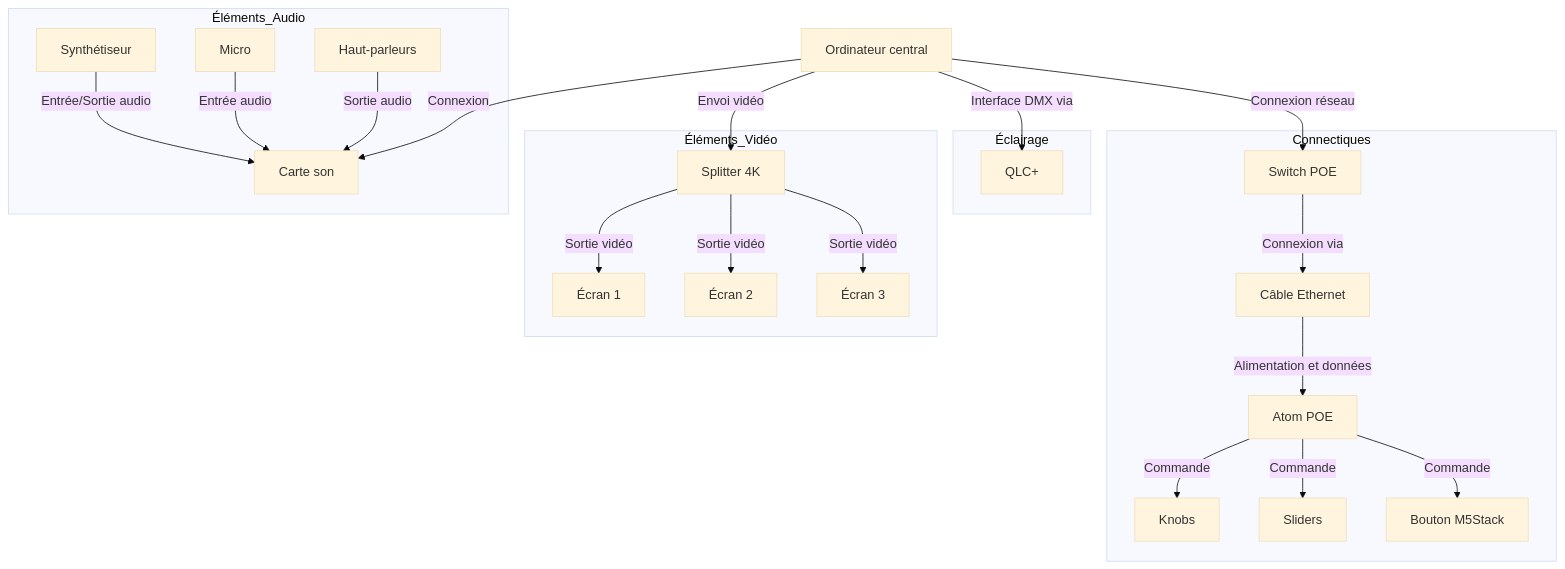
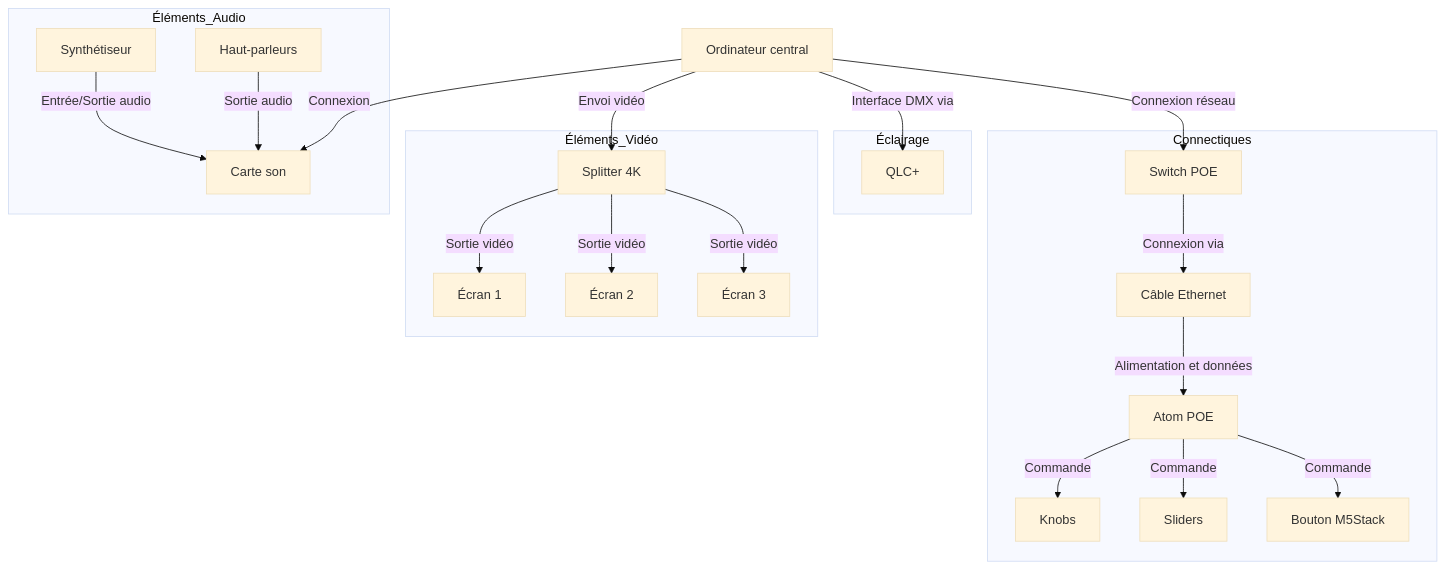
Before and after one commit to Escapism-Fuga/Fuga: the second of 2 diagrams in 30_production/30_synoptique/README.md, drawn with Mermaid (base theme). The commit also changed other lines of this file, not shown here.

`````diff
--- a/30_production/30_synoptique/README.md
+++ b/30_production/30_synoptique/README.md
@@ -16,54 +16,52 @@
 ````mermaid
 graph TD
     Ordinateur["Ordinateur central"]
     
     subgraph Éléments_Audio
         Synthé["Synthétiseur"]
-        Micro["Micro"]
         HP["Haut-parleurs"]
         CarteSon["Carte son"]
     end
     
     subgraph Éléments_Vidéo
         TV1["Écran 1"]
         TV2["Écran 2"]
         TV3["Écran 3"]
         Splitter["Splitter 4K"]
     end
     
     subgraph Éclairage
         QLC["QLC+"]
     end
     
     subgraph Connectiques
         SwitchPOE["Switch POE"]
         CableEthernet["Câble Ethernet"]
         AtomPOE["Atom POE"]
         Knobs["Knobs"]
         Sliders["Sliders"]
         BoutonM5Stack["Bouton M5Stack"]
     end
     
     %% Connexions Audio
     Ordinateur --> |Connexion| CarteSon
     Synthé --> |Entrée/Sortie audio| CarteSon
-    Micro --> |Entrée audio| CarteSon
     HP --> |Sortie audio| CarteSon
 
     %% Connexions Vidéo
     Ordinateur --> |Envoi vidéo| Splitter
     Splitter --> |Sortie vidéo| TV1
     Splitter --> |Sortie vidéo| TV2
     Splitter --> |Sortie vidéo| TV3
     Ordinateur --> |Interface DMX via| QLC
     
     %% Réseau
     Ordinateur --> |Connexion réseau| SwitchPOE
     SwitchPOE --> |Connexion via| CableEthernet
     CableEthernet --> |Alimentation et données| AtomPOE
 
     %% Contrôles via AtomPOE
     AtomPOE --> |Commande| Knobs
     AtomPOE --> |Commande| Sliders
     AtomPOE --> |Commande| BoutonM5Stack
 ````
`````
